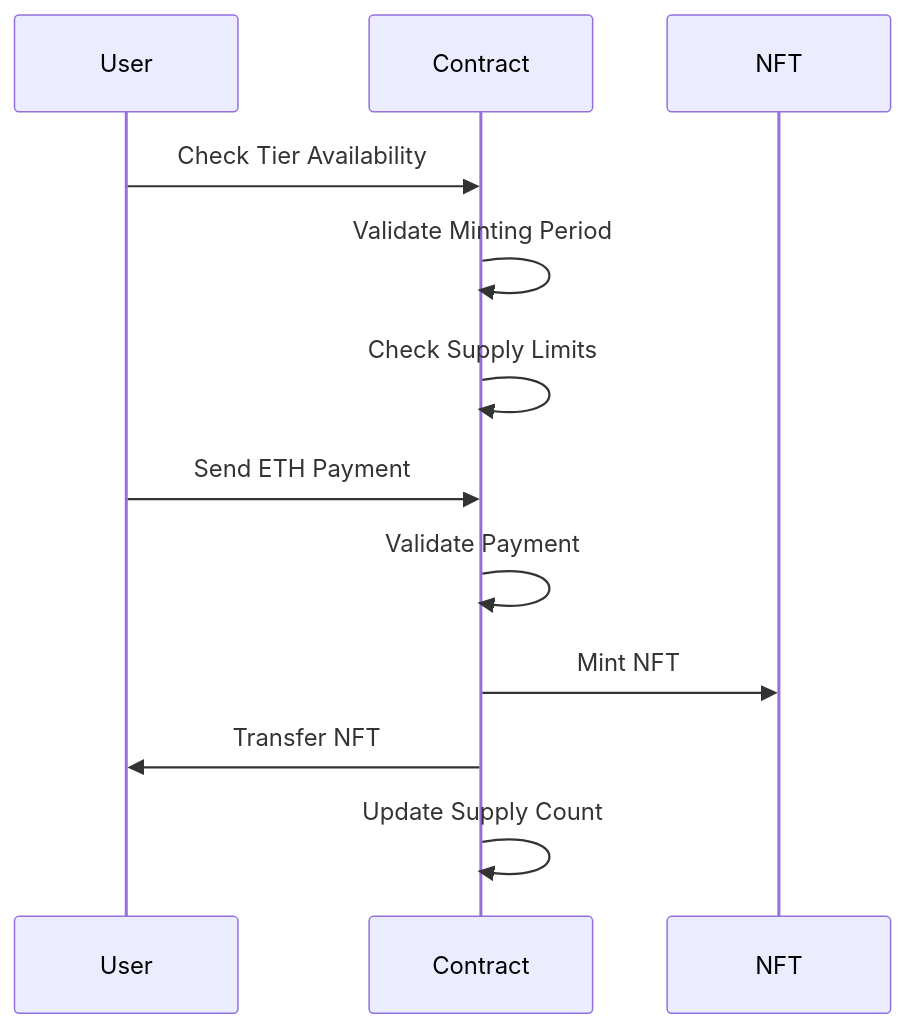
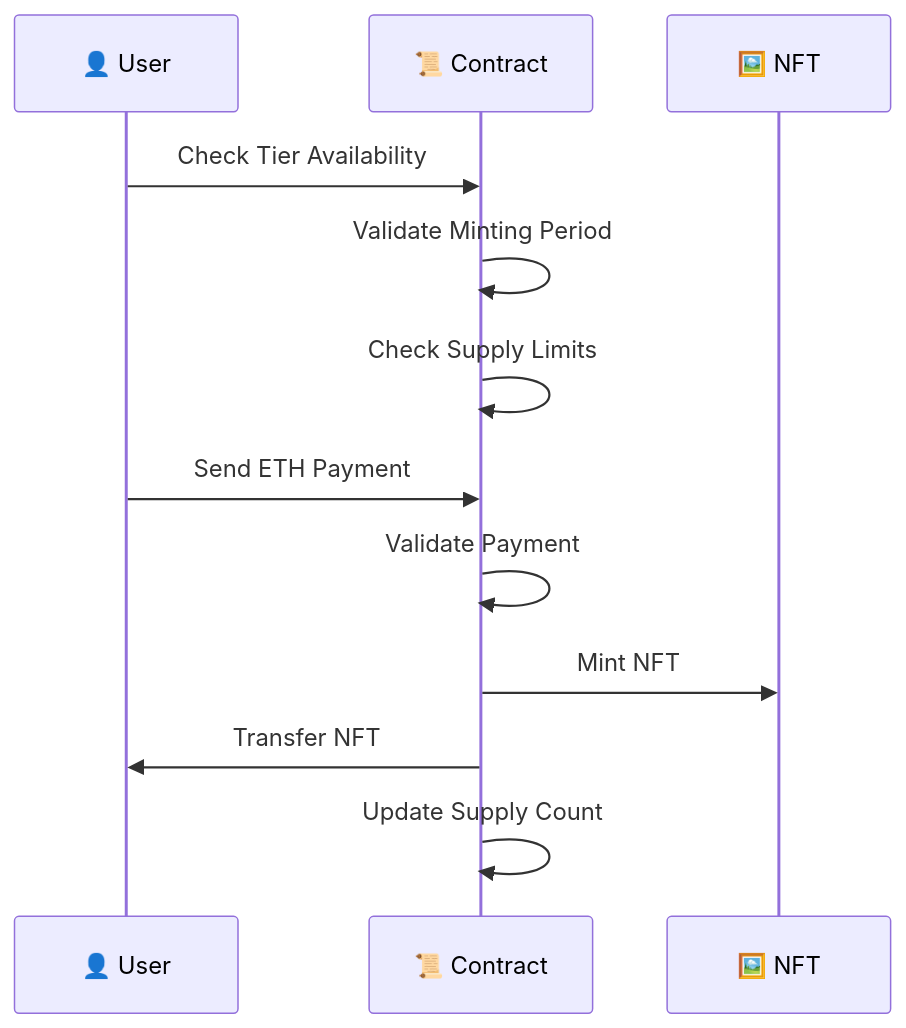
Before and after one commit to Vicent00/PioneroX: the second of 5 diagrams in README.md, drawn with Mermaid. The commit also changed other lines of this file, not shown here.

````diff
--- a/README.md
+++ b/README.md
@@ -30,15 +40,15 @@
 ```mermaid
 sequenceDiagram
-    participant User
-    participant Contract
-    participant NFT
+    participant 👤 User
+    participant 📜 Contract
+    participant 🖼️ NFT
     
-    User->>Contract: Check Tier Availability
-    Contract->>Contract: Validate Minting Period
-    Contract->>Contract: Check Supply Limits
-    User->>Contract: Send ETH Payment
-    Contract->>Contract: Validate Payment
-    Contract->>NFT: Mint NFT
-    Contract->>User: Transfer NFT
-    Contract->>Contract: Update Supply Count
+    👤 User->>📜 Contract: Check Tier Availability
+    📜 Contract->>📜 Contract: Validate Minting Period
+    📜 Contract->>📜 Contract: Check Supply Limits
+    👤 User->>📜 Contract: Send ETH Payment
+    📜 Contract->>📜 Contract: Validate Payment
+    📜 Contract->>🖼️ NFT: Mint NFT
+    📜 Contract->>👤 User: Transfer NFT
+    📜 Contract->>📜 Contract: Update Supply Count
 ```
````
